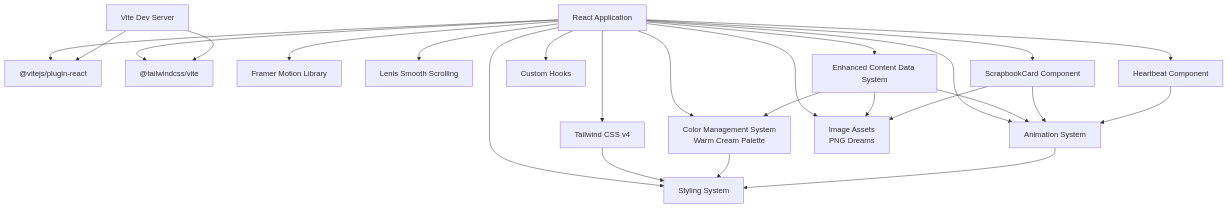
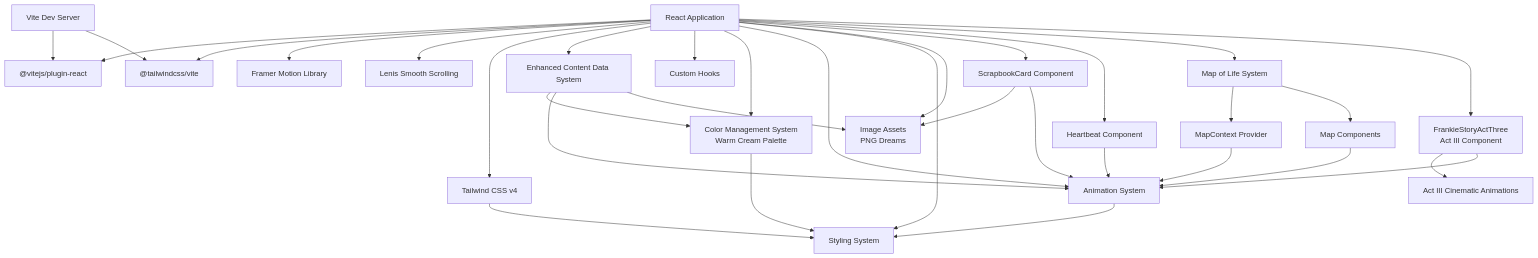
Before and after one commit to rakeshmaity271/frankie-picasso: diagram 12 of 12 in .qoder/repowiki/en/content/Application Architecture.md, drawn with Mermaid. The commit also changed other lines of this file and 24 other files, not shown here.

Commit message:
fix: move acts variable inside App component from module level

````diff
--- a/.qoder/repowiki/en/content/Application Architecture.md
+++ b/.qoder/repowiki/en/content/Application Architecture.md
@@ -866,42 +1158,55 @@
 ```mermaid
 graph TB
 ReactApp["React Application"]
 Vite["Vite Dev Server"]
 ReactPlugin["@vitejs/plugin-react"]
 TailwindPlugin["@tailwindcss/vite"]
 FramerMotion["Framer Motion Library"]
 Lenis["Lenis Smooth Scrolling"]
 TailwindCSS["Tailwind CSS v4"]
 ContentData["Enhanced Content Data System"]
 Hooks["Custom Hooks"]
 ColorSystem["Color Management System<br/>Warm Cream Palette"]
 AnimationSystem["Animation System"]
 StylingSystem["Styling System"]
 ImageAssets["Image Assets<br/>PNG Dreams"]
 ScrapbookCard["ScrapbookCard Component"]
 Heartbeat["Heartbeat Component"]
+MapSystem["Map of Life System"]
+MapContext["MapContext Provider"]
+MapComponents["Map Components"]
+ActIIIComponent["FrankieStoryActThree<br/>Act III Component"]
+ActIIIAnimations["Act III Cinematic Animations"]
 ReactApp --> ReactPlugin
 ReactApp --> TailwindPlugin
 ReactApp --> FramerMotion
 ReactApp --> Lenis
 ReactApp --> TailwindCSS
 ReactApp --> ContentData
 ReactApp --> Hooks
 ReactApp --> ColorSystem
 ReactApp --> AnimationSystem
 ReactApp --> StylingSystem
 ReactApp --> ImageAssets
 ReactApp --> ScrapbookCard
 ReactApp --> Heartbeat
+ReactApp --> MapSystem
+ReactApp --> ActIIIComponent
 Vite --> ReactPlugin
 Vite --> TailwindPlugin
 ContentData --> ColorSystem
 ContentData --> AnimationSystem
 ContentData --> ImageAssets
 TailwindCSS --> StylingSystem
 ColorSystem --> StylingSystem
 AnimationSystem --> StylingSystem
 ScrapbookCard --> ImageAssets
 ScrapbookCard --> AnimationSystem
 Heartbeat --> AnimationSystem
+MapSystem --> MapContext
+MapSystem --> MapComponents
+MapContext --> AnimationSystem
+MapComponents --> AnimationSystem
+ActIIIComponent --> ActIIIAnimations
+ActIIIComponent --> AnimationSystem
 ```
````
